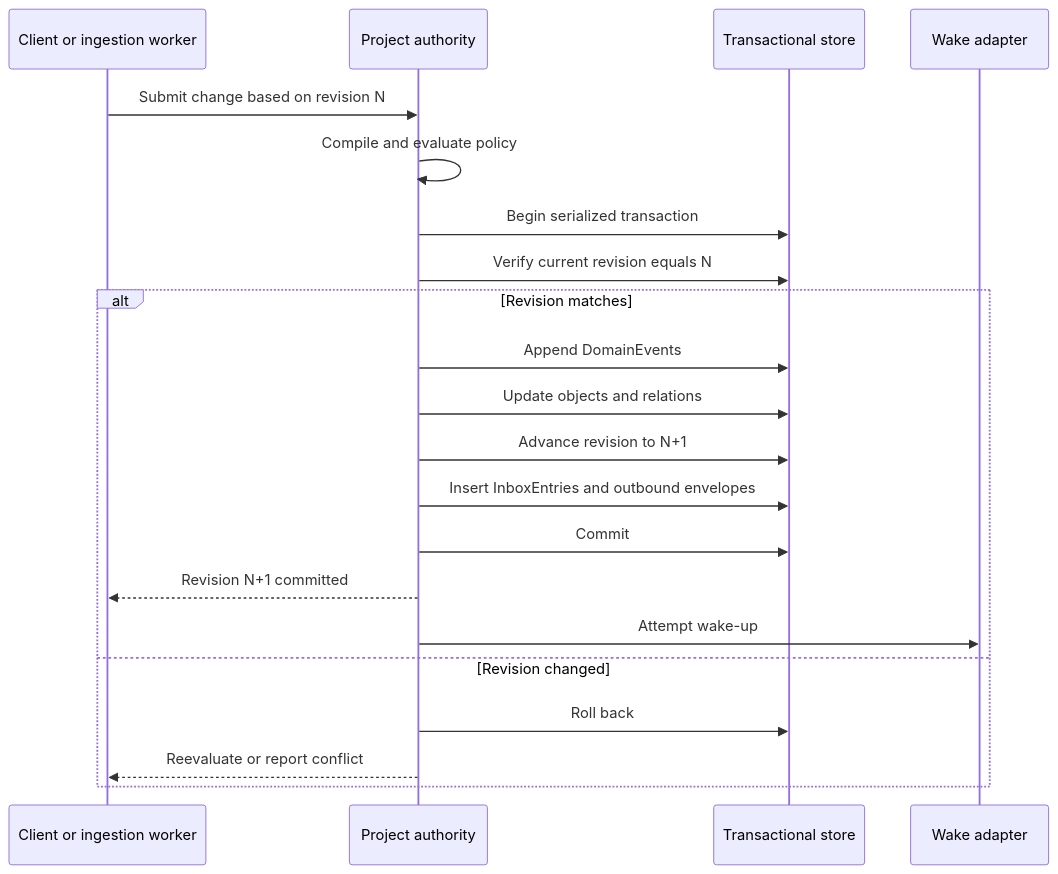
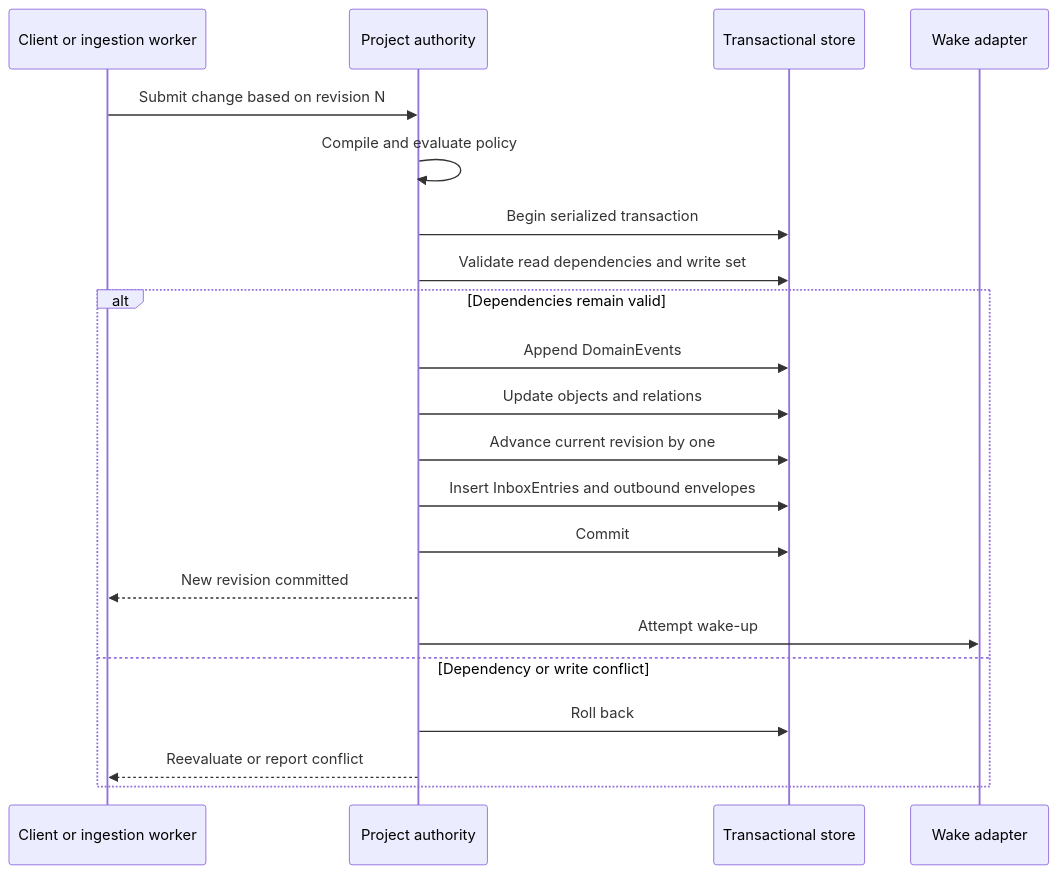
One commit to infagent/merl changed the third of 5 diagrams in docs/architecture.md. Above: the diagram before and after it, drawn with Mermaid. The commit also changed other lines of this file and 3 other files, not shown here.

Commit message:
docs: tighten architecture and first release scope

````diff
--- a/docs/architecture.md
+++ b/docs/architecture.md
@@ -537,24 +574,24 @@
 ```mermaid
 sequenceDiagram
     participant C as Client or ingestion worker
     participant A as Project authority
     participant DB as Transactional store
     participant W as Wake adapter
 
     C->>A: Submit change based on revision N
     A->>A: Compile and evaluate policy
     A->>DB: Begin serialized transaction
-    A->>DB: Verify current revision equals N
-    alt Revision matches
+    A->>DB: Validate read dependencies and write set
+    alt Dependencies remain valid
         A->>DB: Append DomainEvents
         A->>DB: Update objects and relations
-        A->>DB: Advance revision to N+1
+        A->>DB: Advance current revision by one
         A->>DB: Insert InboxEntries and outbound envelopes
         A->>DB: Commit
-        A-->>C: Revision N+1 committed
+        A-->>C: New revision committed
         A->>W: Attempt wake-up
-    else Revision changed
+    else Dependency or write conflict
         A->>DB: Roll back
         A-->>C: Reevaluate or report conflict
     end
 ```
````
